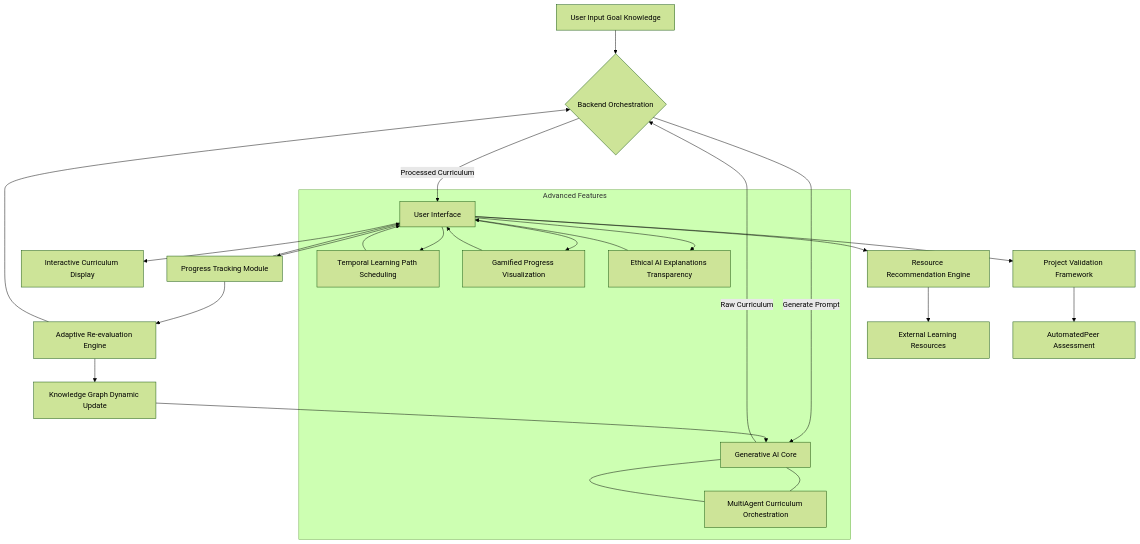
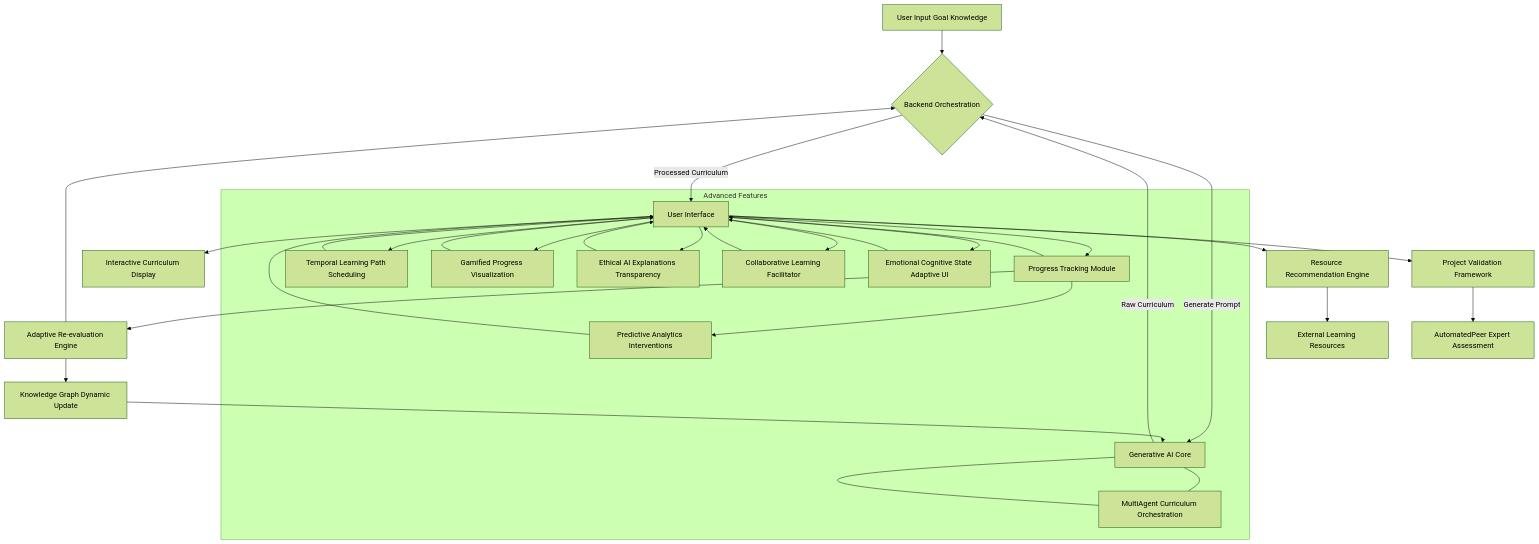
One commit to diplomat-bit/Citibank_Demo_Business_Inc_Demonstration- changed the tenth of 11 diagrams in inventions/028_ai_personalized_education_path.md. Above: the diagram before and after it, drawn with Mermaid (forest theme). The commit also changed other lines of this file, not shown here.

````diff
--- a/inventions/028_ai_personalized_education_path.md
+++ b/inventions/028_ai_personalized_education_path.md
@@ -217,29 +377,35 @@
 ```mermaid
 graph TD
     A[User Input Goal Knowledge] --> B{Backend Orchestration};
     B -- Generate Prompt --> C[Generative AI Core];
     C -- Raw Curriculum --> B;
     B -- Processed Curriculum --> D[User Interface];
     D --> E[Interactive Curriculum Display];
     D --> F[Resource Recommendation Engine];
     D --> G[Project Validation Framework];
     D --> H[Progress Tracking Module];
     H --> I[Adaptive Re-evaluation Engine];
     I --> J[Knowledge Graph Dynamic Update];
     J --> C;
     F --> K[External Learning Resources];
-    G --> L[AutomatedPeer Assessment];
+    G --> L[AutomatedPeer Expert Assessment];
     H --> D;
     I --> B;
 
     subgraph Advanced Features
         D --> M[Temporal Learning Path Scheduling];
         M --> D;
         D --> N[Gamified Progress Visualization];
         N --> D;
         D --> O[Ethical AI Explanations Transparency];
         O --> D;
         C --- P[MultiAgent Curriculum Orchestration];
         P --- C;
+        D --> Q[Collaborative Learning Facilitator];
+        Q --> D;
+        D --> R[Emotional Cognitive State Adaptive UI];
+        R --> D;
+        H --> S[Predictive Analytics Interventions];
+        S --> D;
     end
 ```
````
